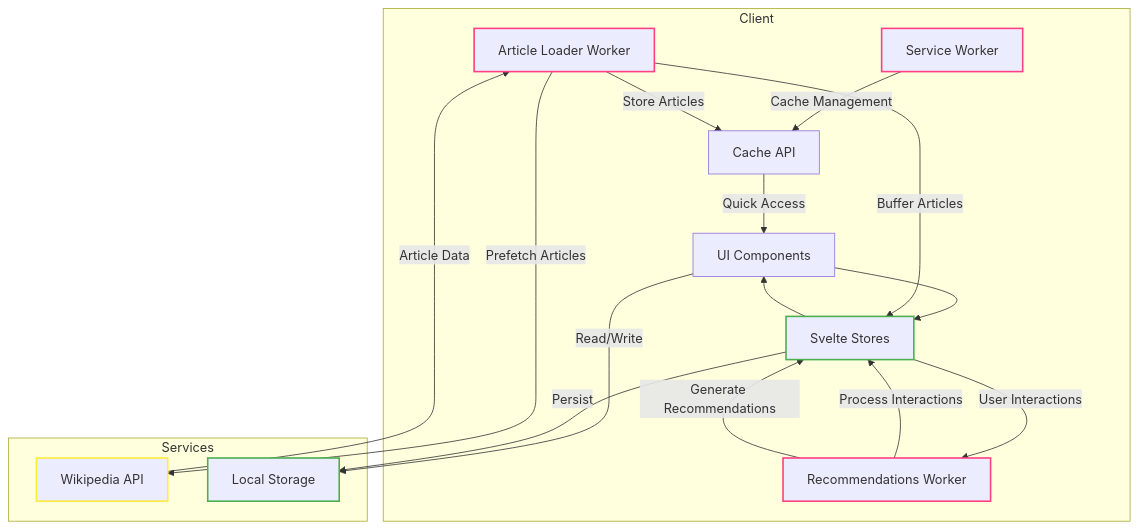
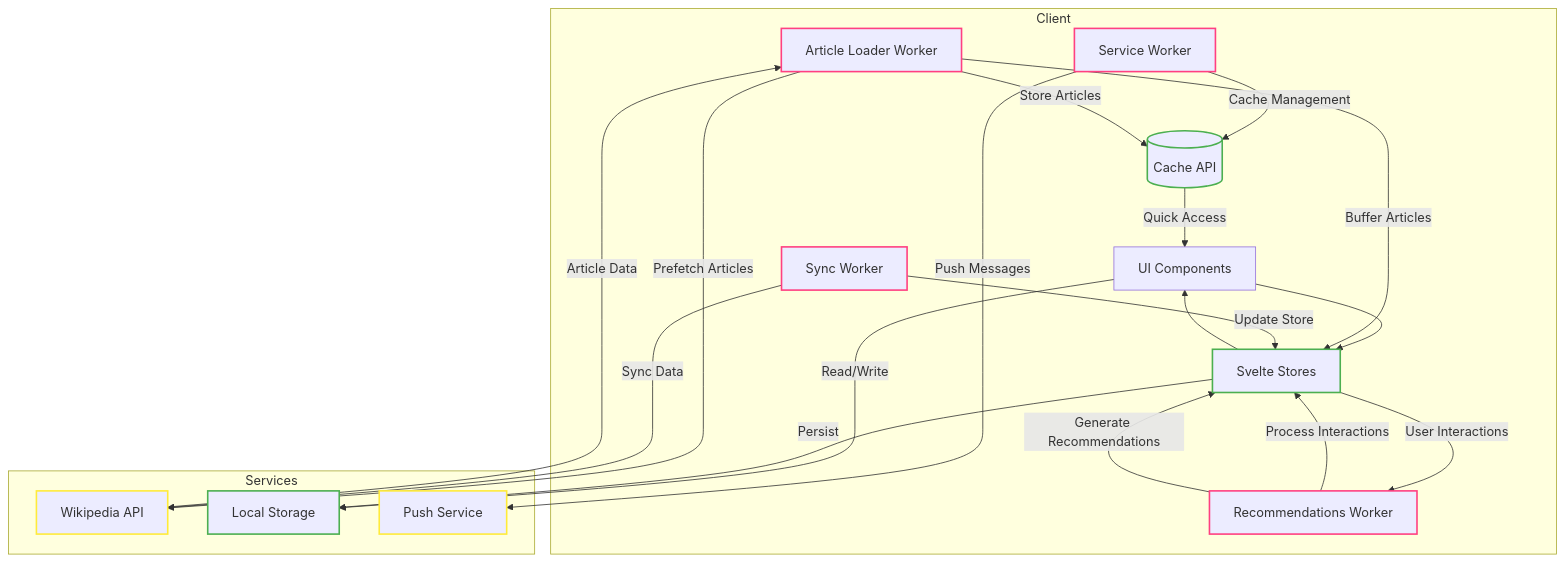
Before and after one commit to Zxce3/wakawiki: the diagram in README.md, drawn with Mermaid. The commit also changed other lines of this file, not shown here.

````diff
--- a/README.md
+++ b/README.md
@@ -91,44 +97,50 @@
 ```mermaid
 flowchart TB
     subgraph Client
         UI[UI Components]
         Store[Svelte Stores]
         SW[Service Worker]
-        Cache[Cache API]
+        Cache[(Cache API)]
         WW1[Article Loader Worker]
         WW2[Recommendations Worker]
+        WW3[Sync Worker]
     end
 
     subgraph Services
         API[Wikipedia API]
         Storage[Local Storage]
+        Push[Push Service]
     end
 
     UI --> Store
     Store --> UI
     
     SW --> |Cache Management| Cache
+    SW --> |Push Messages| Push
     
     WW1 --> |Prefetch Articles| API
     WW1 --> |Buffer Articles| Store
     
     WW2 --> |Process Interactions| Store
     WW2 --> |Generate Recommendations| Store
+    
+    WW3 --> |Sync Data| API
+    WW3 --> |Update Store| Store
     
     UI --> |Read/Write| Storage
     Store --> |Persist| Storage
     
     API --> |Article Data| WW1
     Store --> |User Interactions| WW2
     
     Cache --> |Quick Access| UI
     WW1 --> |Store Articles| Cache
 
     classDef worker stroke:#FF4081,stroke-width:2px
     classDef store stroke:#4CAF50,stroke-width:2px
     classDef service stroke:#FFEB3B,stroke-width:2px
     
-    class WW1,WW2,SW worker
-    class Store,Storage store
-    class API service
+    class WW1,WW2,WW3,SW worker
+    class Store,Storage,Cache,IndexedDB store
+    class API,Push service
 ```
````
